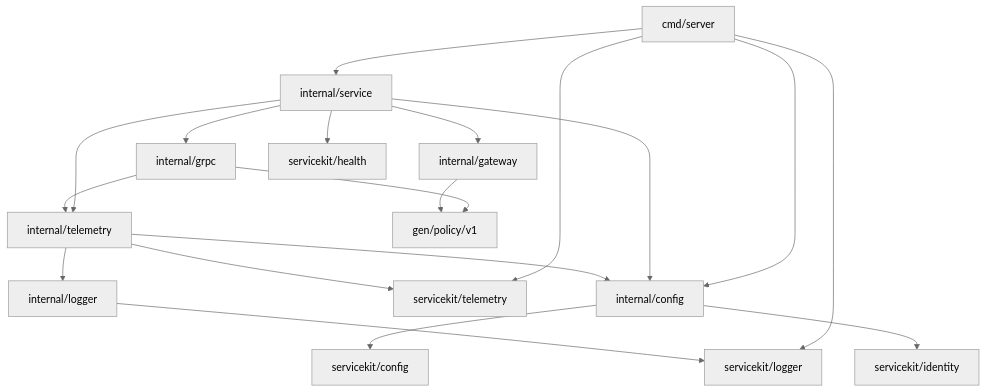
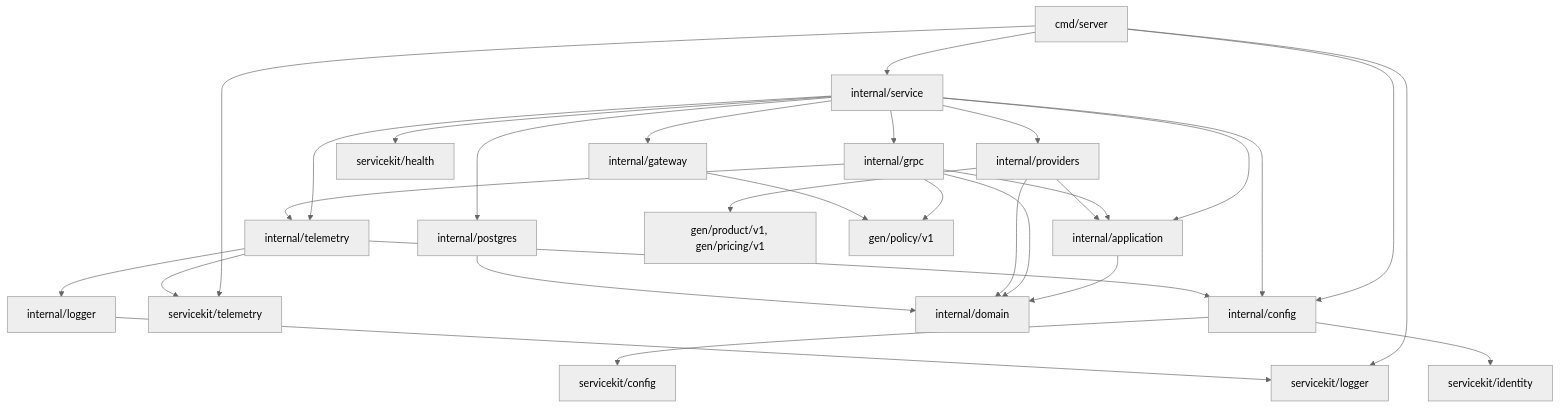
The diagram in services/policy-service/README.md (igor-baiborodine/insurance-hub), drawn with Mermaid (neutral theme) before and after one commit. The commit also changed other lines of this file and 56 other files, not shown here.

First line of the commit message:
feat(policy): [issue-441] create and persist private offers through Product and Pricing - PR1 (#462)

````diff
--- a/services/policy-service/README.md
+++ b/services/policy-service/README.md
@@ -345,21 +391,31 @@
 ```mermaid
 flowchart TD
     entry["cmd/server"] --> composition["internal/service"]
     entry --> config["internal/config"]
     entry --> sharedLogger["servicekit/logger"]
     entry --> sharedTelemetry["servicekit/telemetry"]
     composition --> grpc["internal/grpc"]
     composition --> gateway["internal/gateway"]
     composition --> health["servicekit/health"]
     composition --> telemetry["internal/telemetry"]
     composition --> config
+    composition --> application["internal/application"]
+    composition --> providers["internal/providers"]
+    composition --> postgres["internal/postgres"]
+    application --> domain["internal/domain"]
+    grpc --> application
+    grpc --> domain
+    providers --> application
+    providers --> domain
+    providers --> clients["gen/product/v1, gen/pricing/v1"]
+    postgres --> domain
     grpc --> telemetry
     grpc --> generated["gen/policy/v1"]
     gateway --> generated
     telemetry --> config
     telemetry --> logger["internal/logger"]
     telemetry --> sharedTelemetry
     logger --> sharedLogger
     config --> sharedConfig["servicekit/config"]
     config --> sharedIdentity["servicekit/identity"]
 ```
````
